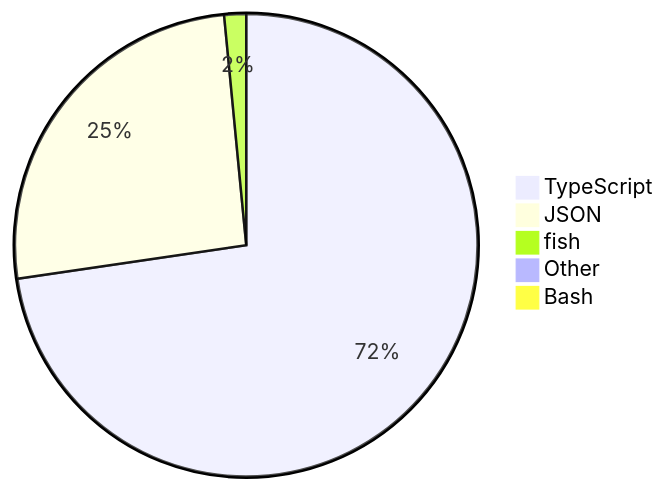
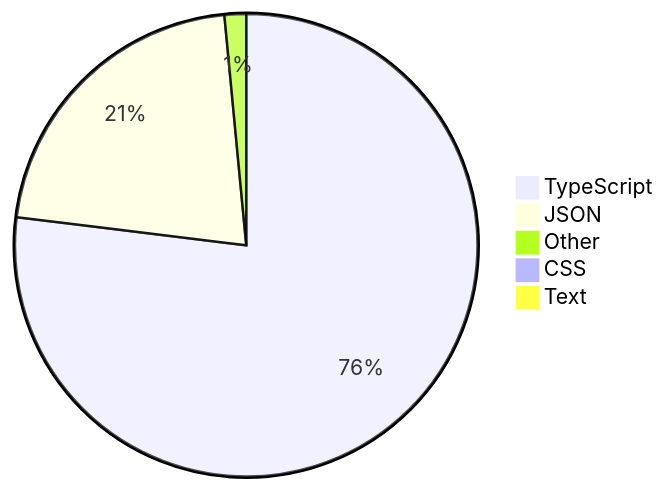
The diagram in README.md (skvggor/skvggor), drawn with Mermaid before and after one commit.

Commit message:
Updated waka-readme graph with new metrics

````diff
--- a/README.md
+++ b/README.md
@@ -28,8 +28,8 @@
 ```mermaid
 pie
-    "TypeScript" : 71.3
-    "JSON" : 25.3
-    "fish" : 1.5
-    "Other" : 0.8
-    "Bash" : 0.5
+    "TypeScript" : 76.4
+    "JSON" : 21.4
+    "Other" : 1.5
+    "CSS" : 0.4
+    "Text" : 0.3
 ```
````
